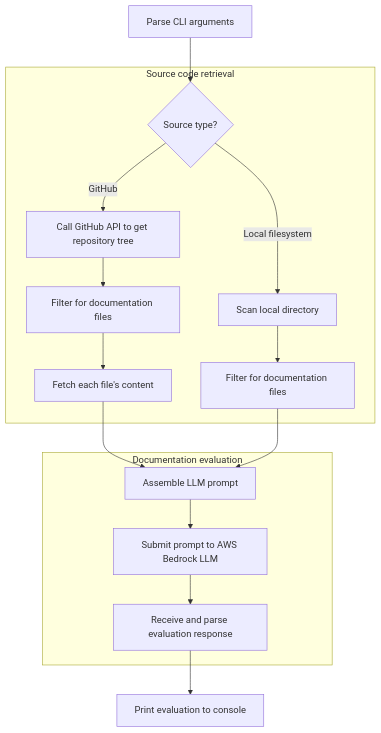
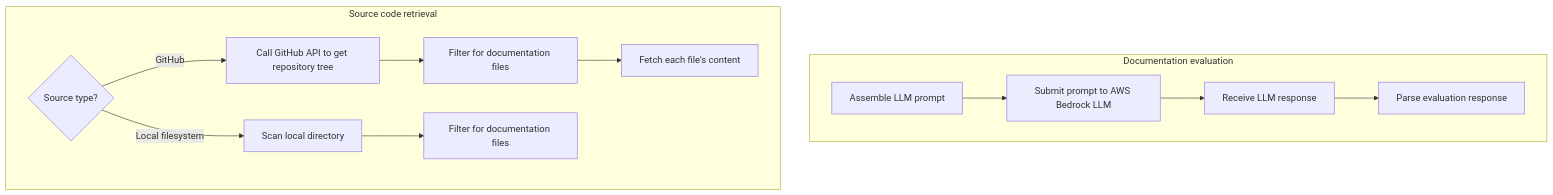
One commit to guardian/hackday-ever-elusive-kudo changed the second of 2 diagrams in README.md. Above: the diagram before and after it, drawn with Mermaid. The commit also changed other lines of this file and 10 other files, not shown here.

````diff
--- a/README.md
+++ b/README.md
@@ -55,26 +73,22 @@
 ```mermaid
 flowchart TD
-    Start[Parse CLI arguments] --> SourceTypeDecision{Source type?}
+    subgraph docsEvaluation["Documentation evaluation"]
+        D["Assemble LLM prompt"]
+        D --> E["Submit prompt to AWS Bedrock LLM"]
+        E --> F["Receive LLM response"]
+        F --> G["Parse evaluation response"]
+    end
 
     subgraph sourceCodeRetrieval["Source code retrieval"]
-    %% GitHub
-        SourceTypeDecision -->|GitHub| A1["Call GitHub API to get repository tree"]
+        ExtractDecision{Source type?}
+
+        %% GitHub
+        ExtractDecision -->|GitHub| A1["Call GitHub API to get repository tree"]
         A1 --> B1["Filter for documentation files"]
         B1 --> C1["Fetch each file's content"]
 
-    %% Local filesystem
-        SourceTypeDecision -->|Local filesystem| A2["Scan local directory"]
+        %% Local filesystem
+        ExtractDecision -->|Local filesystem| A2["Scan local directory"]
         A2 --> B2["Filter for documentation files"]
     end
-
-    C1 --> D
-    B2 --> D
-
-    subgraph docsEvaluation["Documentation evaluation"]
-        D["Assemble LLM prompt"]
-        D --> E["Submit prompt to AWS Bedrock LLM"]
-        E --> F["Receive and parse evaluation response"]
-    end
-
-    F --> G["Print evaluation to console"]
 ```
````
